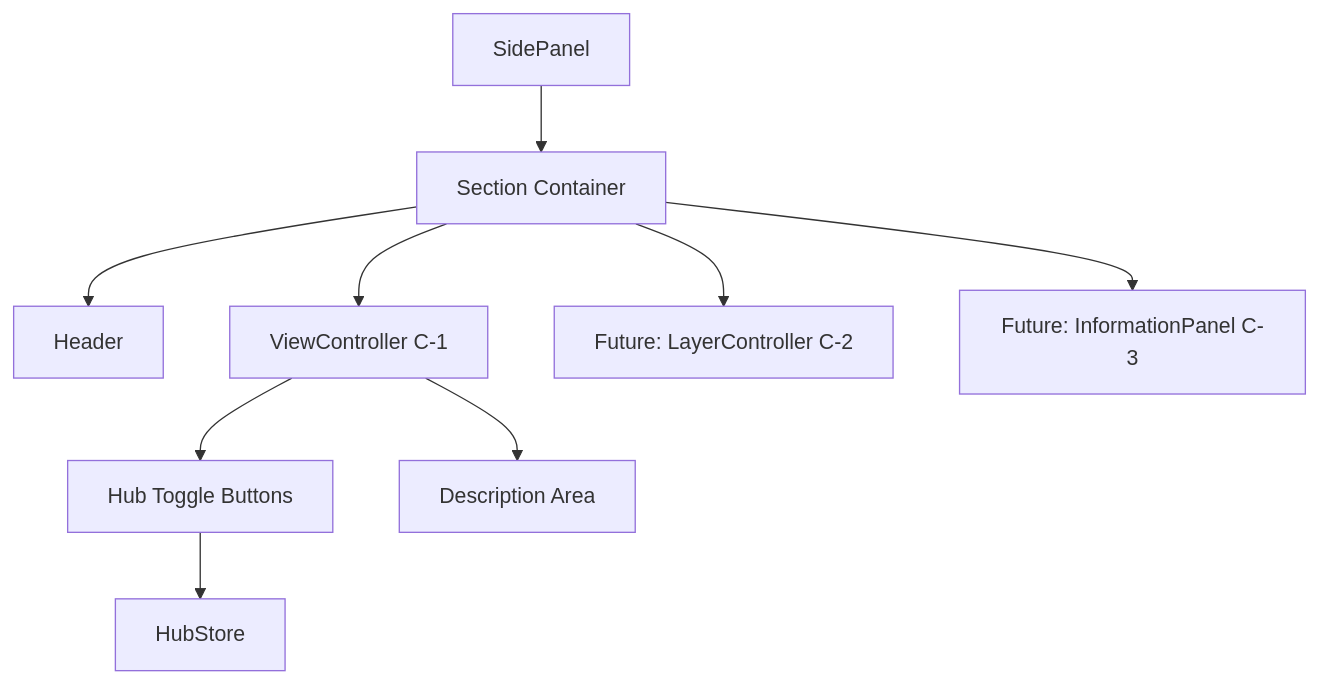
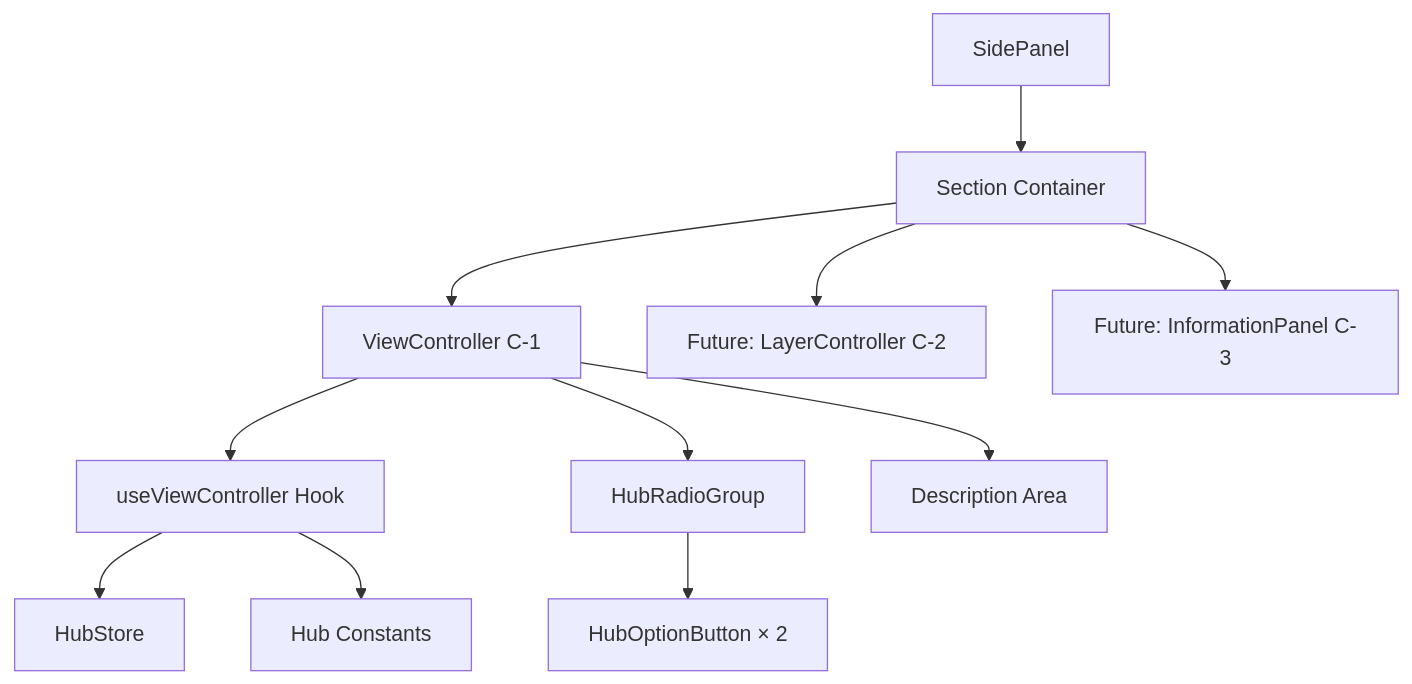
Before and after one commit to endo-ava/music-theory-app: the first of 2 diagrams in src/features/side-panel/README.md, drawn with Mermaid. The commit also changed other lines of this file and 7 other files, not shown here.

````diff
--- a/src/features/side-panel/README.md
+++ b/src/features/side-panel/README.md
@@ -44,11 +50,13 @@
 ```mermaid
 graph TD
     A[SidePanel] --> B[Section Container]
-    B --> C[Header]
-    B --> D[ViewController C-1]
-    B --> E[Future: LayerController C-2]
-    B --> F[Future: InformationPanel C-3]
-    D --> G[Hub Toggle Buttons]
-    D --> H[Description Area]
-    G --> I[HubStore]
+    B --> C[ViewController C-1]
+    B --> D[Future: LayerController C-2]
+    B --> E[Future: InformationPanel C-3]
+    C --> F[useViewController Hook]
+    C --> G[HubRadioGroup]
+    C --> H[Description Area]
+    G --> I[HubOptionButton × 2]
+    F --> J[HubStore]
+    F --> K[Hub Constants]
 ```
````
